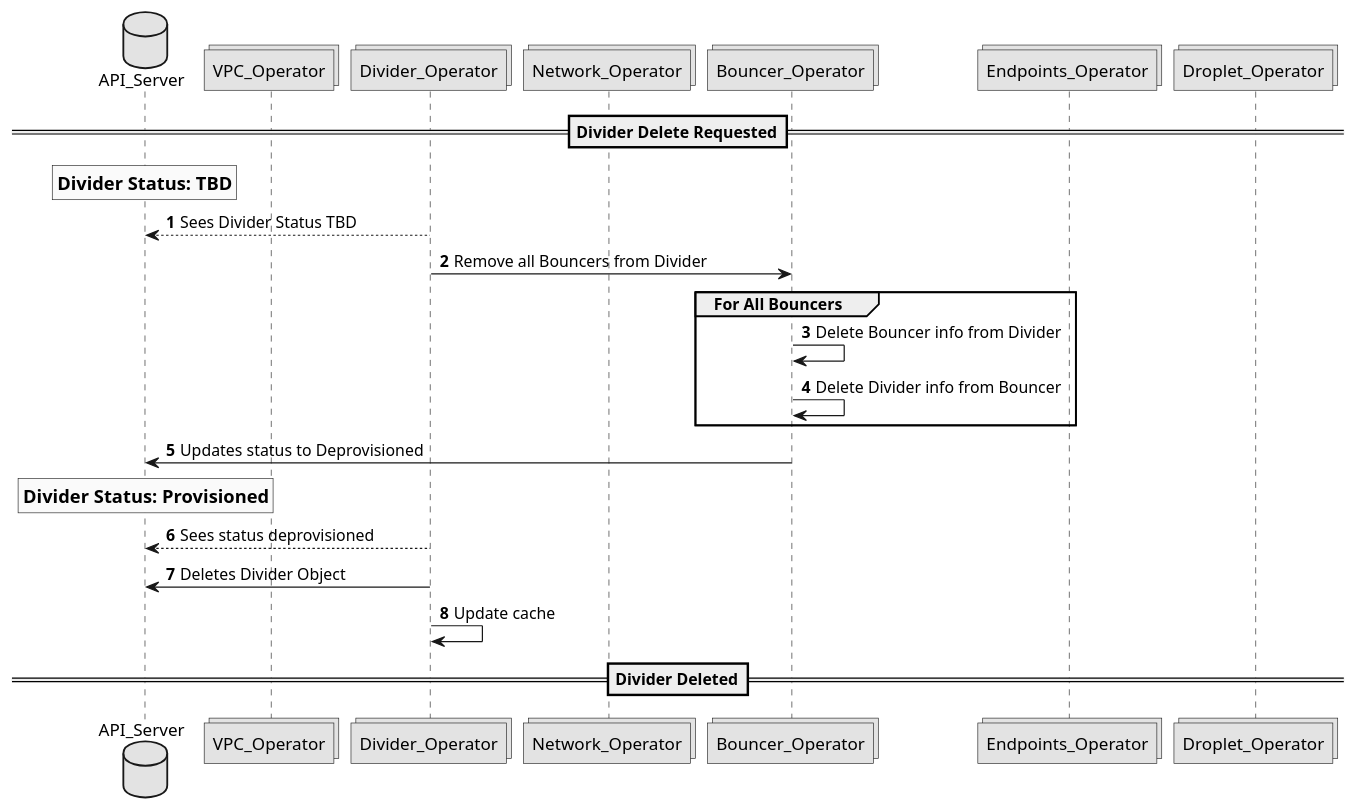
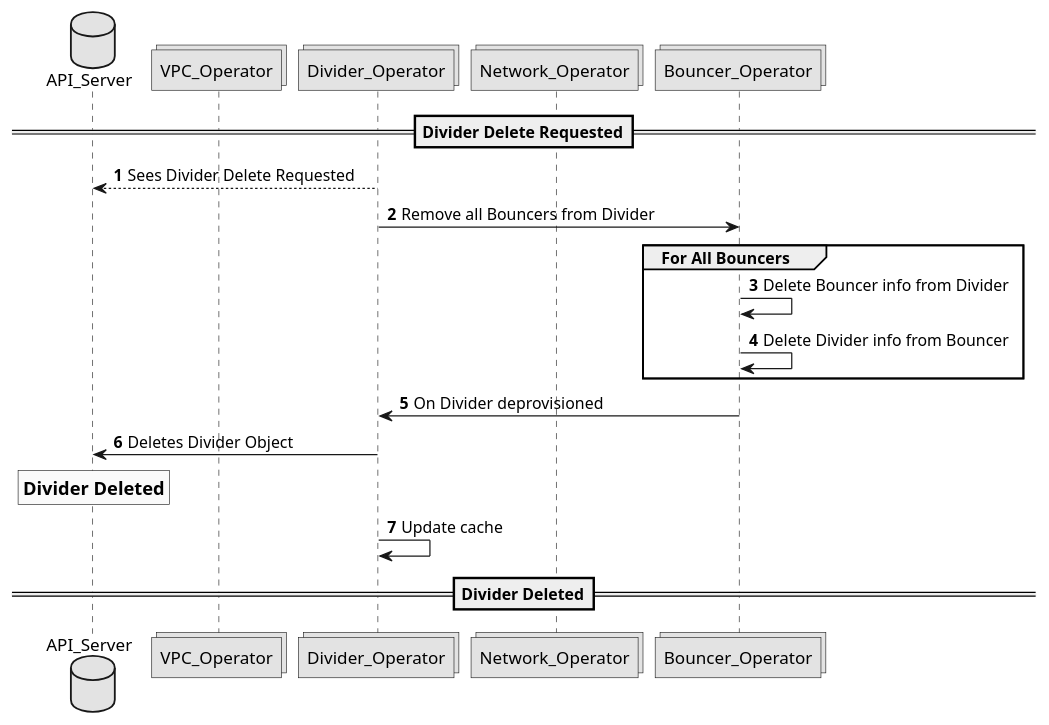
Before and after one commit to CentaurusInfra/mizar: the diagram in docs/design/puml/delete_divider_workflow.puml, drawn with PlantUML. The commit also changed 6 other files, not shown here.

Commit message:
Simplify Delete Workflow Diagram

```diff
--- a/docs/design/puml/delete_divider_workflow.puml
+++ b/docs/design/puml/delete_divider_workflow.puml
@@ -1,29 +1,24 @@
 @startuml
 
 skinparam monochrome true
 autonumber
 
 database API_Server
 collections VPC_Operator
 collections Divider_Operator
 collections Network_Operator
 collections Bouncer_Operator
-collections Endpoints_Operator
-collections Droplet_Operator
 
 ==Divider Delete Requested==
-rnote over API_Server: ==Divider Status: TBD
-
-Divider_Operator --> API_Server: Sees Divider Status TBD
+Divider_Operator --> API_Server: Sees Divider Delete Requested
 Divider_Operator -> Bouncer_Operator: Remove all Bouncers from Divider
 group For All Bouncers
 Bouncer_Operator -> Bouncer_Operator: Delete Bouncer info from Divider
 Bouncer_Operator -> Bouncer_Operator: Delete Divider info from Bouncer
 end
-Bouncer_Operator -> API_Server: Updates status to Deprovisioned
-rnote over API_Server: ==Divider Status: Provisioned
-Divider_Operator --> API_Server: Sees status deprovisioned
+Bouncer_Operator -> Divider_Operator: On Divider deprovisioned
 Divider_Operator -> API_Server: Deletes Divider Object
+rnote over API_Server: ==Divider Deleted
 Divider_Operator -> Divider_Operator: Update cache
 ==Divider Deleted==
 @enduml
```
